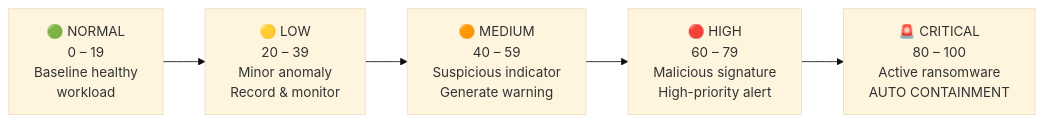
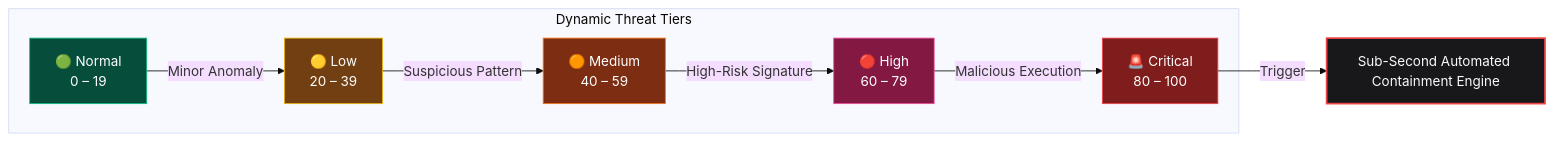
Before and after one commit to Ankushkr03/ransomware-behaviour-analysis-early-warning-framework: the fourth of 5 diagrams in README.md, drawn with Mermaid (base theme). The commit also changed other lines of this file, not shown here.

````diff
--- a/README.md
+++ b/README.md
@@ -138,10 +274,22 @@
 ```mermaid
-flowchart LR
-    N["🟢 NORMAL\n0 – 19\nBaseline healthy\nworkload"]
-    L["🟡 LOW\n20 – 39\nMinor anomaly\nRecord & monitor"]
-    M["🟠 MEDIUM\n40 – 59\nSuspicious indicator\nGenerate warning"]
-    H["🔴 HIGH\n60 – 79\nMalicious signature\nHigh-priority alert"]
-    C["🚨 CRITICAL\n80 – 100\nActive ransomware\nAUTO CONTAINMENT"]
+graph LR
+    subgraph Tiers["Dynamic Threat Tiers"]
+        N["🟢 Normal\n0 – 19"]
+        L["🟡 Low\n20 – 39"]
+        M["🟠 Medium\n40 – 59"]
+        H["🔴 High\n60 – 79"]
+        C["🚨 Critical\n80 – 100"]
+    end
+    N -->|Minor Anomaly| L
+    L -->|Suspicious Pattern| M
+    M -->|High-Risk Signature| H
+    H -->|Malicious Execution| C
+    C -->|Trigger| AutoResp["Sub-Second Automated Containment Engine"]
 
-    N --> L --> M --> H --> C
+    style N fill:#064e3b,stroke:#10b981,color:#ffffff
+    style L fill:#713f12,stroke:#eab308,color:#ffffff
+    style M fill:#7c2d12,stroke:#f97316,color:#ffffff
+    style H fill:#831843,stroke:#ec4899,color:#ffffff
+    style C fill:#7f1d1d,stroke:#ef4444,color:#ffffff
+    style AutoResp fill:#18181b,stroke:#ef4444,stroke-width:2px,color:#f8fafc
 ```
````
